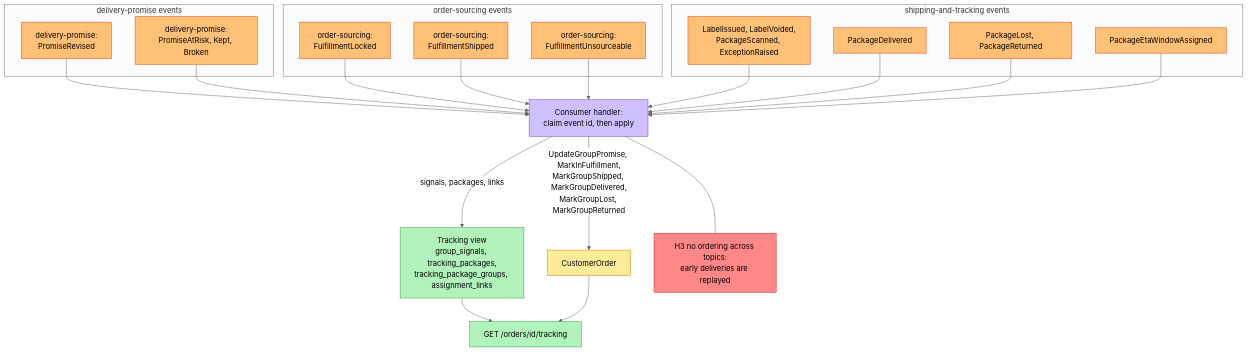
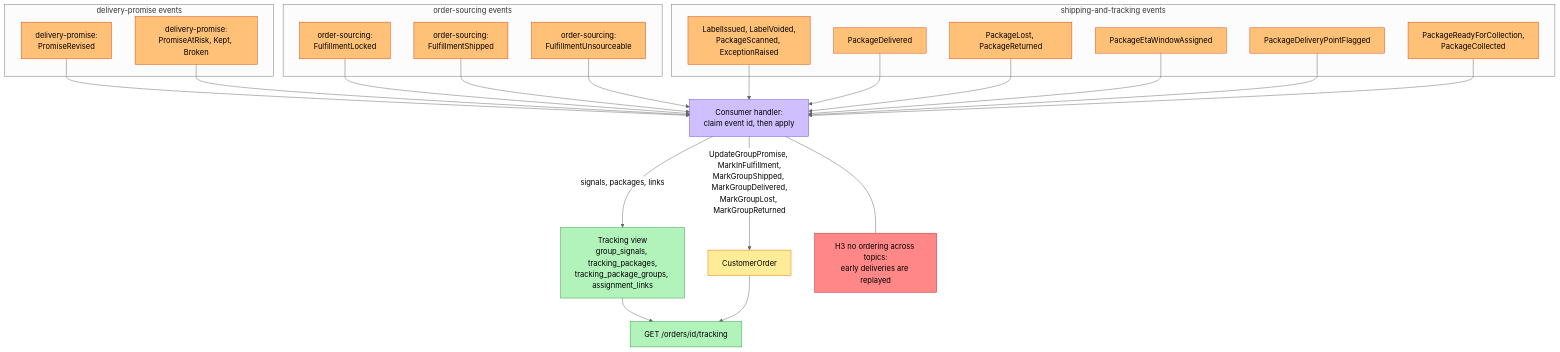
One commit to IQVO/customer-ordering changed the second of 3 diagrams in docs/docs/ddd/eventstorming.md. Above: the diagram before and after it, drawn with Mermaid (neutral theme). The commit also changed other lines of this file and 9 other files, not shown here.

Commit message:
docs(customer-ordering): 21 consumed events; board 2 and the consumed-event lists include the point flag and the pickup events (ADR 0015, ADR 0016)

````diff
--- a/docs/docs/ddd/eventstorming.md
+++ b/docs/docs/ddd/eventstorming.md
@@ -77,44 +77,48 @@
 ```mermaid
 flowchart TB
     subgraph PR["delivery-promise events"]
       DE1["delivery-promise:<br/>PromiseRevised"]:::event
       DE2["delivery-promise:<br/>PromiseAtRisk, Kept, Broken"]:::event
     end
     subgraph SO["order-sourcing events"]
       SE1["order-sourcing:<br/>FulfillmentLocked"]:::event
       SE2["order-sourcing:<br/>FulfillmentShipped"]:::event
       SE3["order-sourcing:<br/>FulfillmentUnsourceable"]:::event
     end
     subgraph SH["shipping-and-tracking events"]
       TE1["LabelIssued, LabelVoided,<br/>PackageScanned, ExceptionRaised"]:::event
       TE2["PackageDelivered"]:::event
       TE3["PackageLost, PackageReturned"]:::event
       TE4["PackageEtaWindowAssigned"]:::event
+      TE5["PackageDeliveryPointFlagged"]:::event
+      TE6["PackageReadyForCollection,<br/>PackageCollected"]:::event
     end
     P0["Consumer handler:<br/>claim event id, then apply"]:::policy
     G["CustomerOrder"]:::aggregate
     V["Tracking view<br/>group_signals, tracking_packages,<br/>tracking_package_groups, assignment_links"]:::readmodel
     Q1["GET /orders/id/tracking"]:::readmodel
     H3["H3 no ordering across topics:<br/>early deliveries are replayed"]:::hotspot
 
     DE1 --> P0
     DE2 --> P0
     SE1 --> P0
     SE2 --> P0
     SE3 --> P0
     TE1 --> P0
     TE2 --> P0
     TE3 --> P0
     TE4 --> P0
+    TE5 --> P0
+    TE6 --> P0
     P0 -->|"UpdateGroupPromise, MarkInFulfillment,<br/>MarkGroupShipped, MarkGroupDelivered,<br/>MarkGroupLost, MarkGroupReturned"| G
     P0 -->|"signals, packages, links"| V
     V --> Q1
     G --> Q1
     P0 --- H3
 
     classDef event fill:#ffc078,stroke:#d9480f,color:#000
     classDef policy fill:#d0bfff,stroke:#6741d9,color:#000
     classDef aggregate fill:#ffec99,stroke:#e67700,color:#000
     classDef readmodel fill:#b2f2bb,stroke:#2f9e44,color:#000
     classDef hotspot fill:#ff8787,stroke:#c92a2a,color:#000
 ```
````
